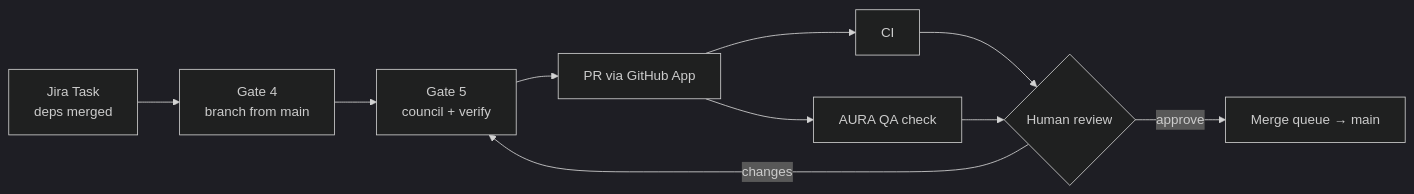
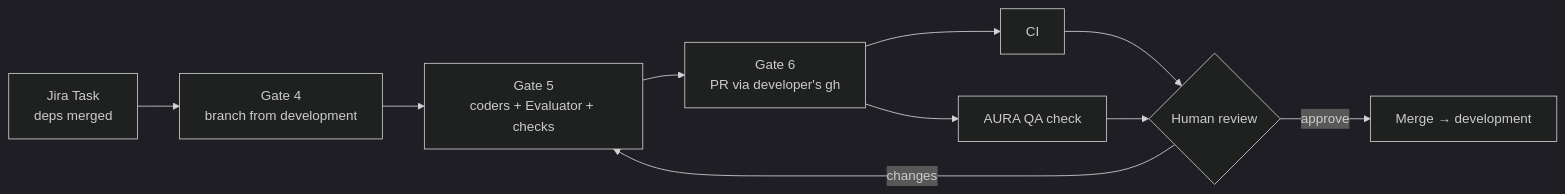
The diagram in docs/adr/0003-git-workflow.md (HasithaErandika/aura), drawn with Mermaid (dark theme) before and after one commit. The commit also changed other lines of this file and 41 other files, not shown here.

First line of the commit message:
docs: describe the VS Code workflow, mark completed plans, rewrite the roadmap

````diff
--- a/docs/adr/0003-git-workflow.md
+++ b/docs/adr/0003-git-workflow.md
@@ -33,12 +33,12 @@
 ```mermaid
 flowchart LR
-    T["Jira Task<br/>deps merged"] --> B["Gate 4<br/>branch from main"]
-    B --> C["Gate 5<br/>council + verify"]
-    C --> PR["PR via GitHub App"]
+    T["Jira Task<br/>deps merged"] --> B["Gate 4<br/>branch from development"]
+    B --> C["Gate 5<br/>coders + Evaluator + checks"]
+    C --> PR["Gate 6<br/>PR via developer's gh"]
     PR --> CI["CI"]
     PR --> QA["AURA QA check"]
     CI --> R{"Human review"}
     QA --> R
-    R -- approve --> M["Merge queue → main"]
+    R -- approve --> M["Merge → development"]
     R -- changes --> C
 ```
````
